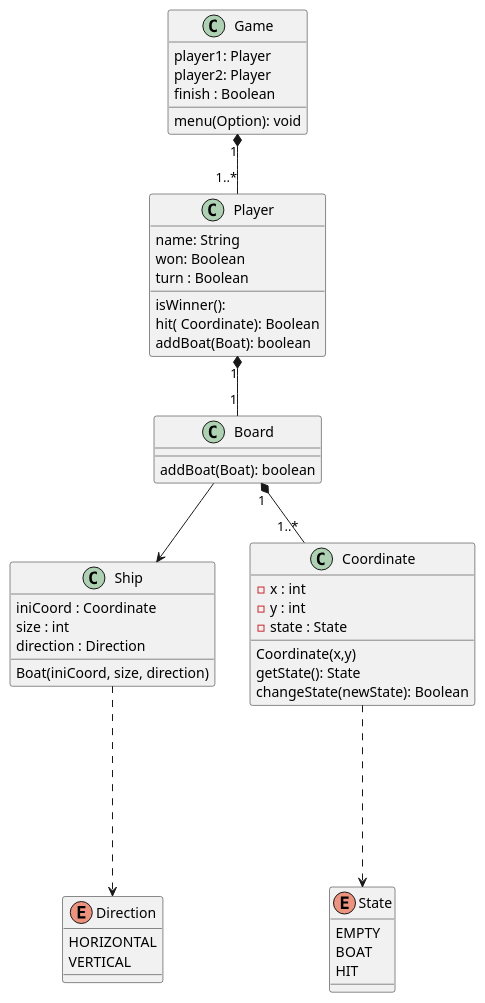
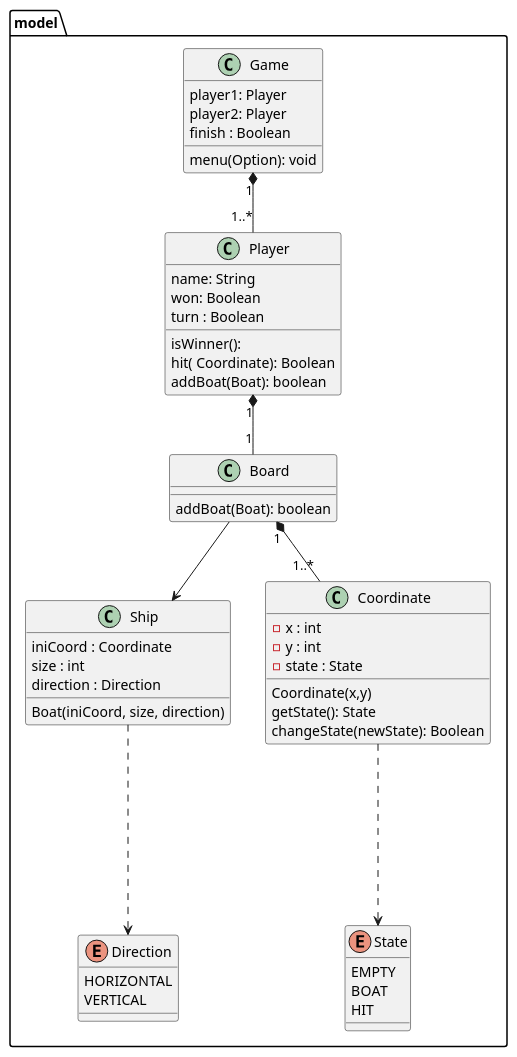
Before and after one commit to Alainrebibo/TQS-lab-battleship: the diagram in diagram-class.puml, drawn with PlantUML.

Commit message:
Refactor UML for MVC model package

```diff
--- a/diagram-class.puml
+++ b/diagram-class.puml
@@ -1,67 +1,67 @@
 @startuml
 
-class Game{
+class model.Game{
 player1: Player
 player2: Player
 finish : Boolean
 
 menu(Option): void
 }
 
-class Player{
+class model.Player{
 name: String
 won: Boolean
 turn : Boolean
 
 isWinner():
 hit( Coordinate): Boolean
 addBoat(Boat): boolean
 }
 
-class Board{
+class model.Board{
 
 addBoat(Boat): boolean
 }
 
-class Ship{
+class model.Ship{
 
 iniCoord : Coordinate
 size : int
 direction : Direction
 
 Boat(iniCoord, size, direction)
 
 }
 
-class Coordinate{
+class model.Coordinate{
 - x : int
 - y : int
 - state : State
 
 Coordinate(x,y)
 getState(): State
 changeState(newState): Boolean
 
 }
 
-enum State{
+enum model.State{
    EMPTY
    BOAT
    HIT
 
 }
 
-enum Direction{
+enum model.Direction{
    HORIZONTAL
    VERTICAL
 }
 
-Game "1" *-- "1..*" Player
-Player "1" *-- "1" Board
-Board "1" *-- "1..*" Coordinate
-Board --> Ship
+model.Game "1" *-- "1..*" model.Player
+model.Player "1" *-- "1" model.Board
+model.Board "1" *-- "1..*" model.Coordinate
+model.Board --> model.Ship
 
-Ship -..-> Direction
-Coordinate -..-> State
+model.Ship -..-> model.Direction
+model.Coordinate -..-> model.State
 
 @enduml
```
